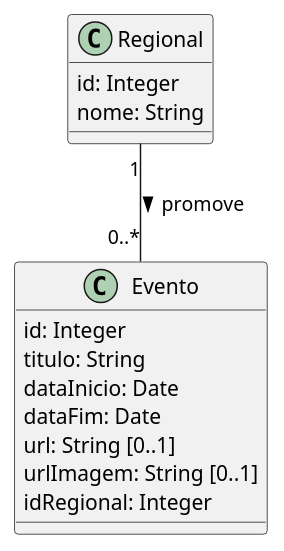
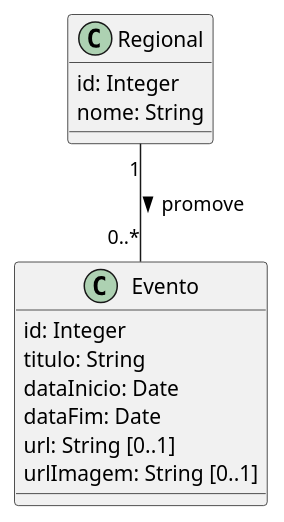
Before and after one commit to joseduardogon/Minha_UFG_Grupo_Cinza: the diagram in Integracao/entidades/Entidade-Evento.md, drawn with PlantUML. The commit also changed other lines of this file and 43 other files, not shown here.

````diff
--- a/Integracao/entidades/Entidade-Evento.md
+++ b/Integracao/entidades/Entidade-Evento.md
@@ -50,16 +49,15 @@
 ```plantuml
 class Regional {
   id: Integer
   nome: String
 }
 class Evento {
   id: Integer
   titulo: String
   dataInicio: Date
   dataFim: Date
   url: String [0..1]
   urlImagem: String [0..1]
-  idRegional: Integer
 }
 Regional "1" -- "0..*" Evento : promove >
 ```
````
